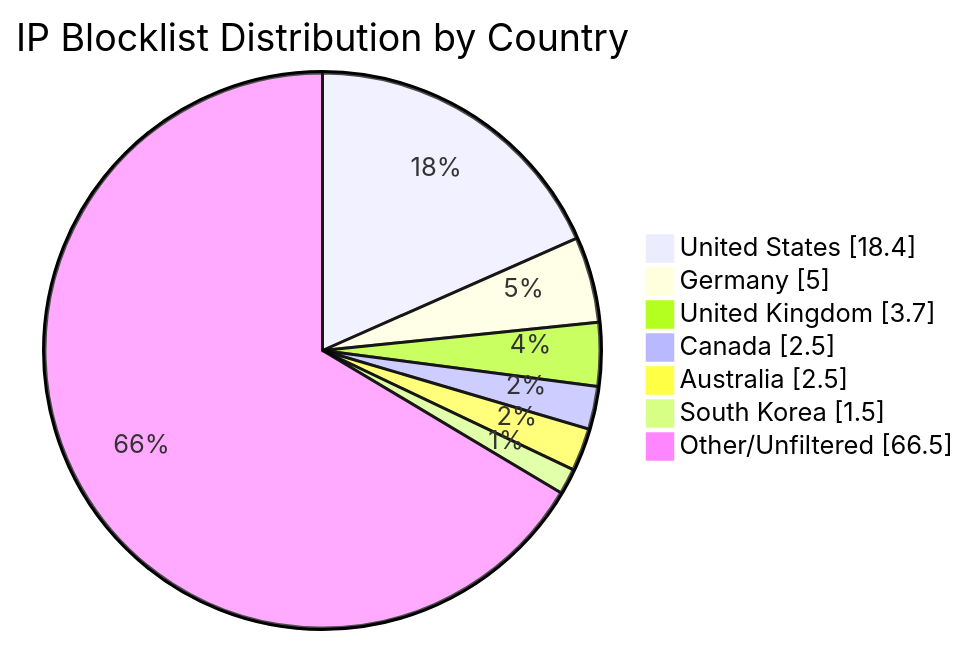
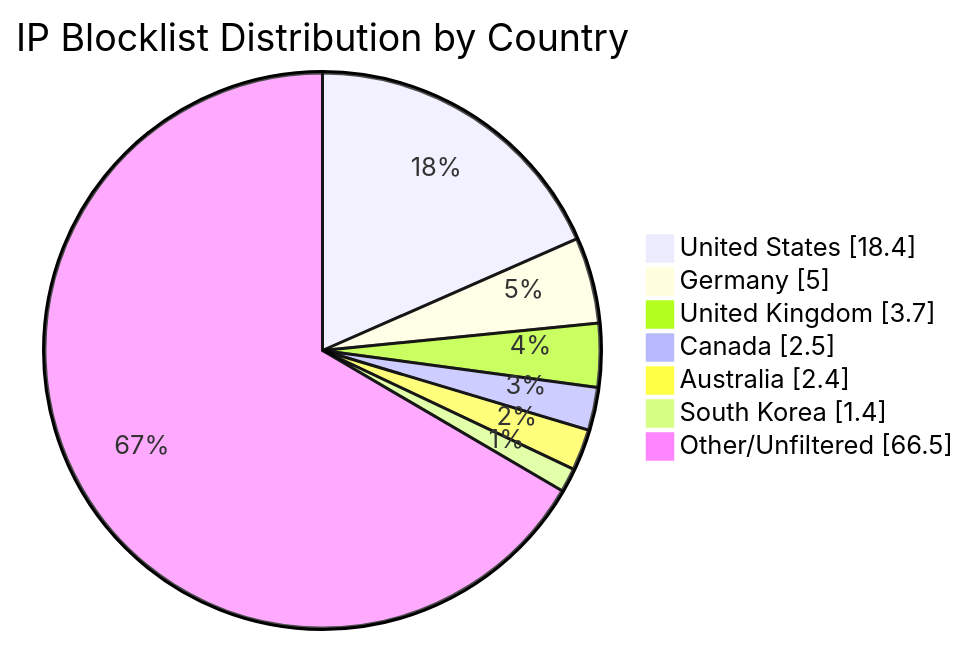
Before and after one commit to MarcusHoltz/ipblocklist-geofiltered-aggregator: the diagram in README.md, drawn with Mermaid. The commit also changed other lines of this file and 9 other files, not shown here.

````diff
--- a/README.md
+++ b/README.md
@@ -34,10 +34,10 @@
 ```mermaid
 pie showData title IP Blocklist Distribution by Country
 "United States" : 18.4
 "Germany" : 5.0
 "United Kingdom" : 3.7
 "Canada" : 2.5
-"Australia" : 2.5
-"South Korea" : 1.5
+"Australia" : 2.4
+"South Korea" : 1.4
 "Other/Unfiltered" : 66.5
 ```
````
